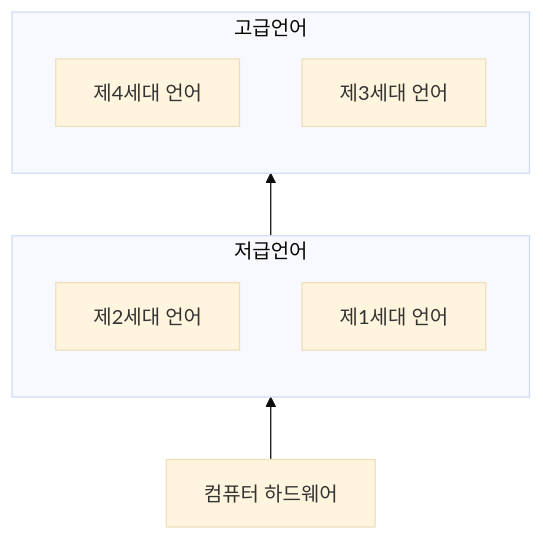
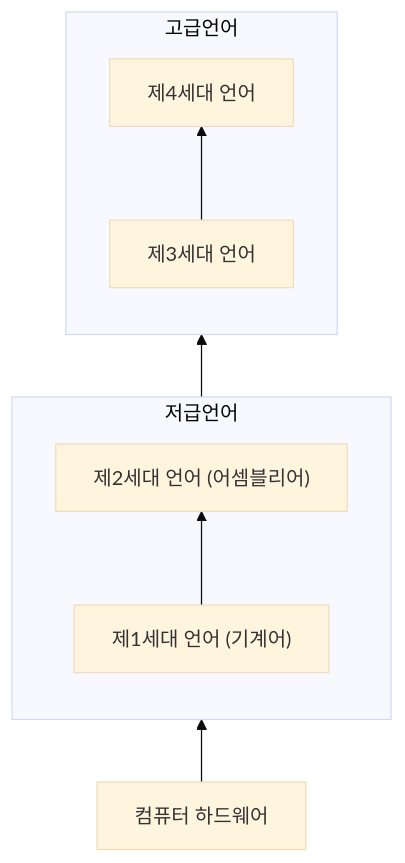
One commit to choiexe1/local changed the second of 2 diagrams in Lectures/25년 1학기/컴퓨터의 이해/6강 소프트웨어와 정보시스템.md. Above: the diagram before and after it, drawn with Mermaid (base theme). The commit also changed other lines of this file and 1 other file, not shown here.

Commit message:
vault backup: 2025-06-03 15:02:31

````diff
--- a/Lectures/25년 1학기/컴퓨터의 이해/6강 소프트웨어와 정보시스템.md
+++ b/Lectures/25년 1학기/컴퓨터의 이해/6강 소프트웨어와 정보시스템.md
@@ -121,23 +121,21 @@
 ```mermaid
 graph BT
 
 A["제4세대 언어"]
 B["제3세대 언어"]
 
 subgraph 1["고급언어"]
-	A
-	B
+direction BT
+	B --> A
 end
 
-C["제2세대 언어"]
-D["제1세대 언어"]
+C["제2세대 언어 (어셈블리어)"]
+D["제1세대 언어 (기계어)"]
 
 subgraph 2["저급언어"]
-	C
-	D
+direction BT
+	D --> C
 end
 E["컴퓨터 하드웨어"]
-
 E --> 2 --> 1
-
 ```
````
